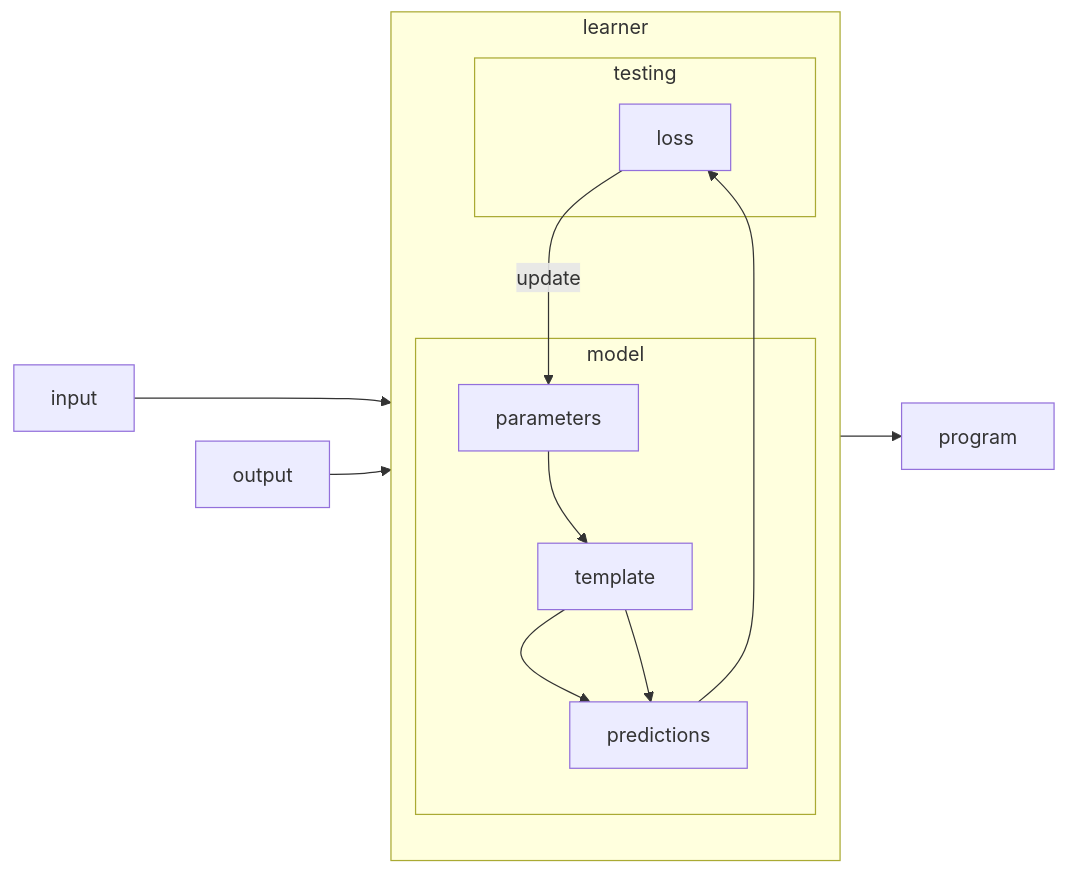
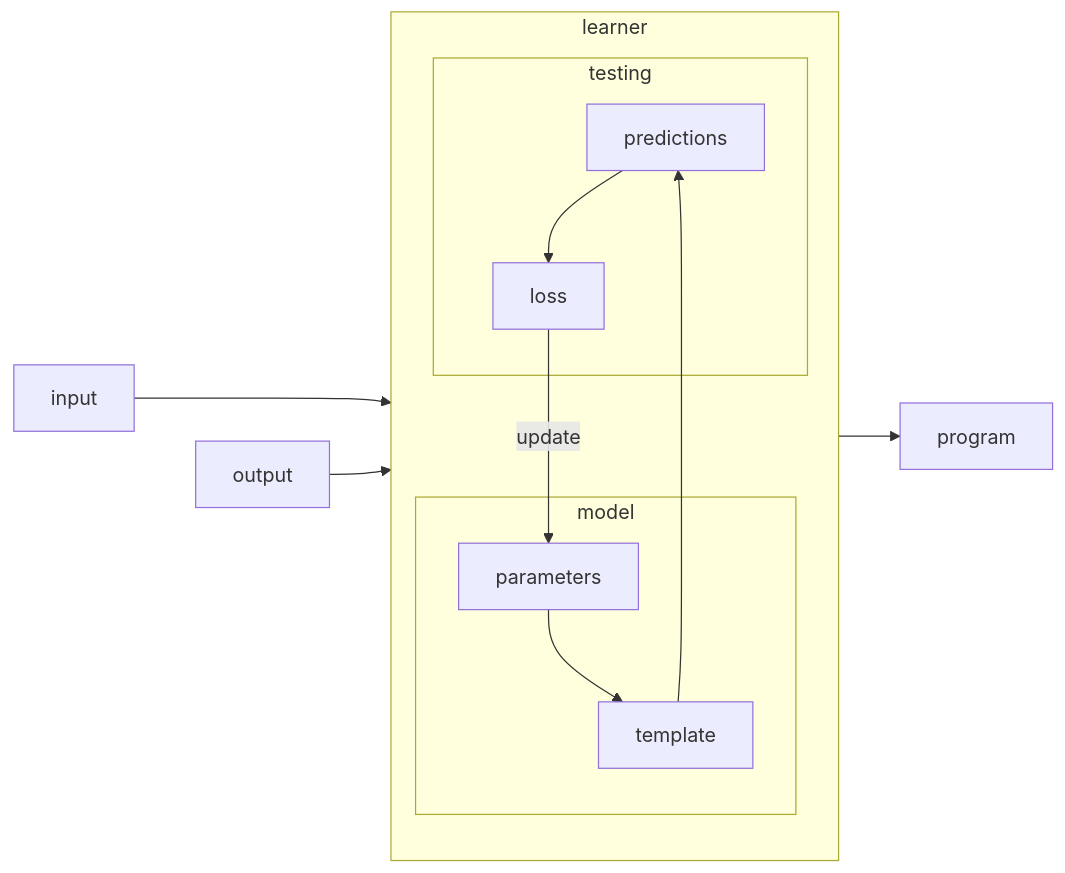
The third of 3 diagrams in _posts/2023-08-16-rivoluzione.md (nicoladerric/nicoladerric.github.io), drawn with Mermaid before and after one commit.

````diff
--- a/_posts/2023-08-16-rivoluzione.md
+++ b/_posts/2023-08-16-rivoluzione.md
@@ -53,18 +53,17 @@
 ```mermaid
 flowchart LR;
     input ---> template;
     subgraph learner
         direction TB
         model ~~~ testing;
         subgraph model
-        parameters --> template --> predictions;
+        parameters --> template;
         end
         subgraph testing
-        template --> predictions;
-        predictions --> loss;
+        template --> predictions --> loss;
         end
         loss --> |update|parameters;
     end
     output --> loss;
     learner --> program
 ```
````
